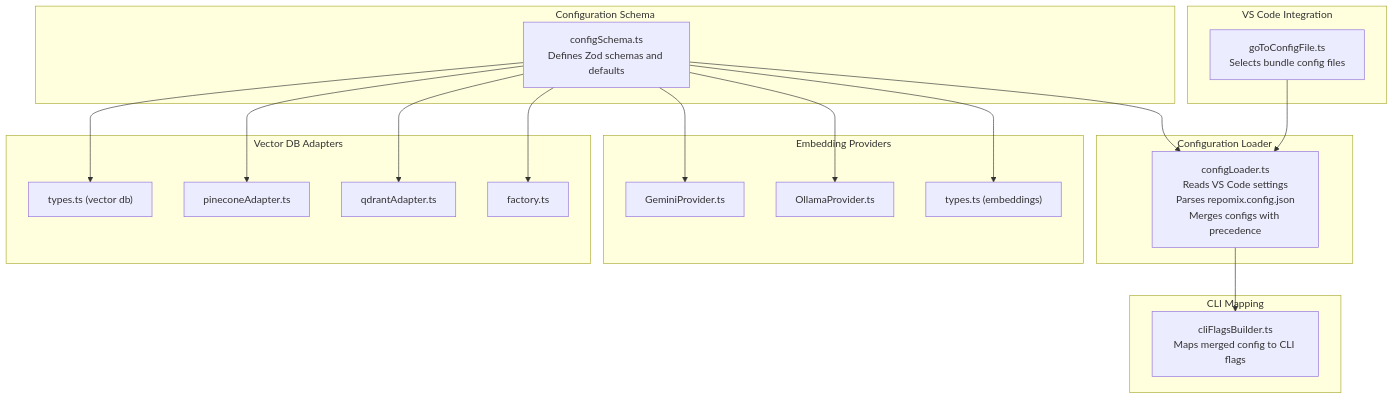
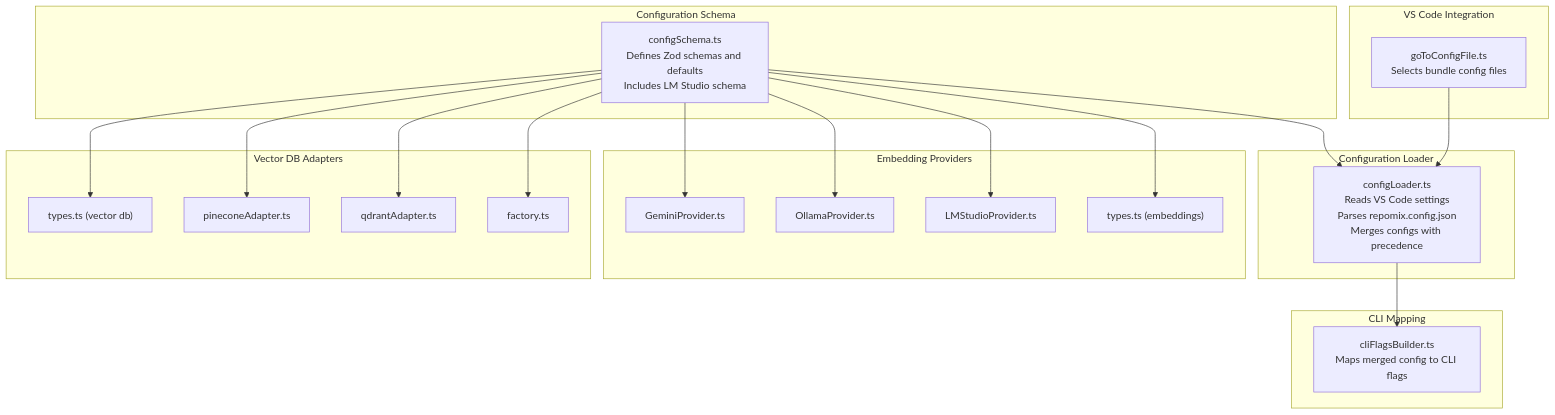
One commit to bramburn/repomix-runner changed the first of 6 diagrams in .qoder/repowiki/en/content/API Reference/Configuration Schema.md. Above: the diagram before and after it, drawn with Mermaid. The commit also changed other lines of this file and 19 other files, not shown here.

````diff
--- a/.qoder/repowiki/en/content/API Reference/Configuration Schema.md
+++ b/.qoder/repowiki/en/content/API Reference/Configuration Schema.md
@@ -41,36 +55,38 @@
 ```mermaid
 graph TB
 subgraph "Configuration Schema"
-A["configSchema.ts<br/>Defines Zod schemas and defaults"]
+A["configSchema.ts<br/>Defines Zod schemas and defaults<br/>Includes LM Studio schema"]
 end
 subgraph "Configuration Loader"
 B["configLoader.ts<br/>Reads VS Code settings<br/>Parses repomix.config.json<br/>Merges configs with precedence"]
 end
 subgraph "CLI Mapping"
 C["cliFlagsBuilder.ts<br/>Maps merged config to CLI flags"]
 end
 subgraph "VS Code Integration"
 D["goToConfigFile.ts<br/>Selects bundle config files"]
 end
 subgraph "Embedding Providers"
 E["GeminiProvider.ts"]
 F["OllamaProvider.ts"]
-G["types.ts (embeddings)"]
+G["LMStudioProvider.ts"]
+H["types.ts (embeddings)"]
 end
 subgraph "Vector DB Adapters"
-H["types.ts (vector db)"]
-I["pineconeAdapter.ts"]
-J["qdrantAdapter.ts"]
-K["factory.ts"]
+I["types.ts (vector db)"]
+J["pineconeAdapter.ts"]
+K["qdrantAdapter.ts"]
+L["factory.ts"]
 end
 A --> B
 B --> C
 D --> B
 A --> E
 A --> F
 A --> G
 A --> H
 A --> I
 A --> J
 A --> K
+A --> L
 ```
````
